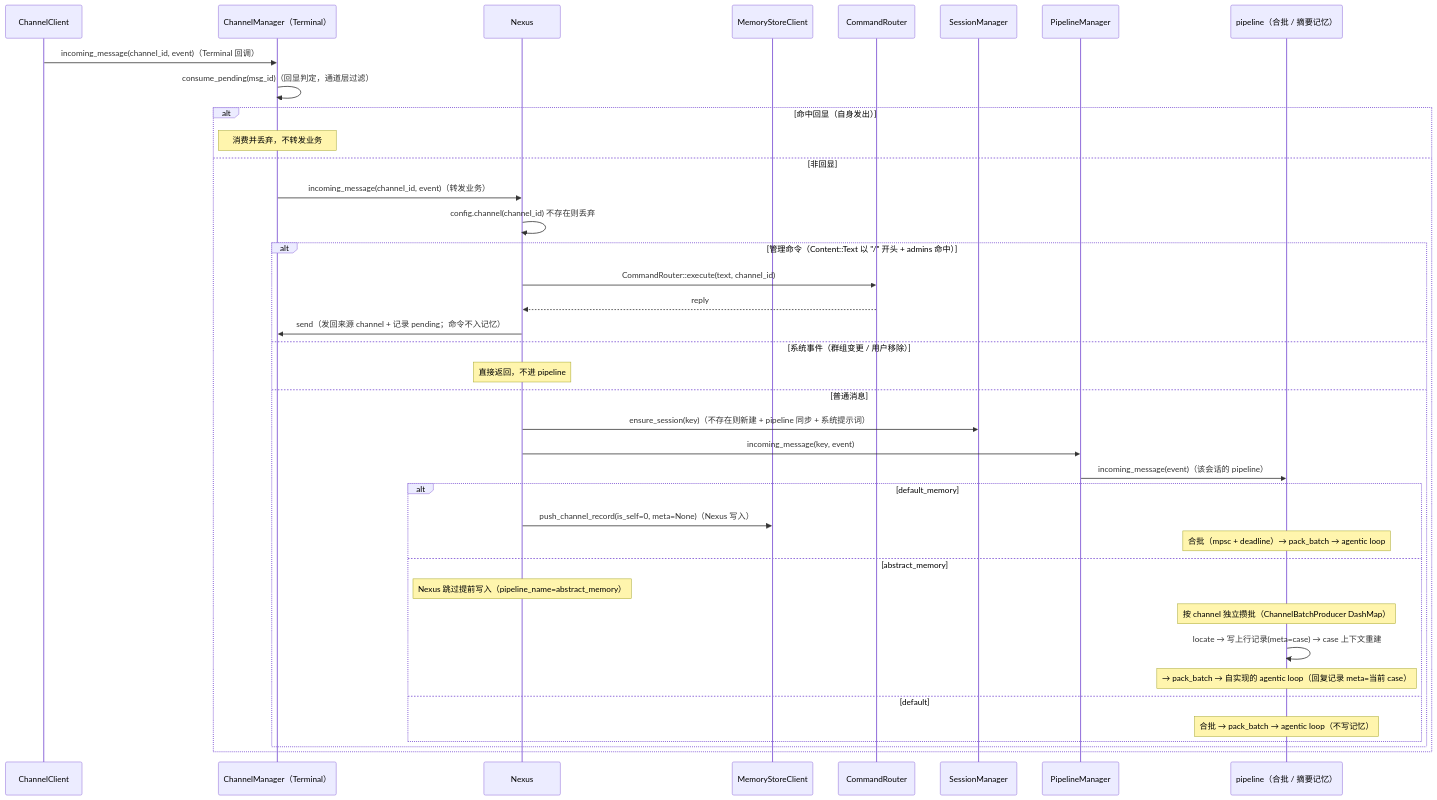
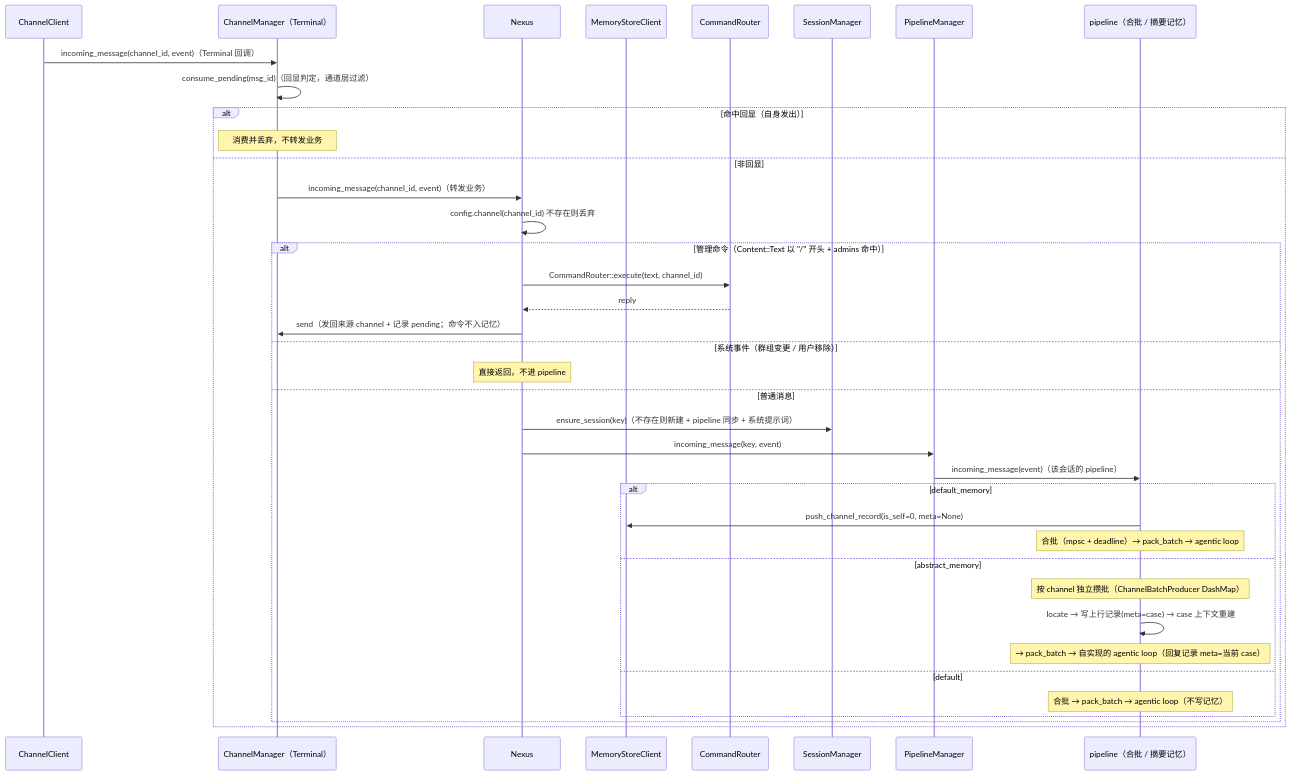
One commit to coldcloude/kissbot changed the third of 5 diagrams in docs/spec/agent-modules.md. Above: the diagram before and after it, drawn with Mermaid. The commit also changed other lines of this file and 5 other files, not shown here.

First line of the commit message:
send_outgoing 移到 pipelines 自由函数；上行记忆写入由 memory / abstract_memory pipeline 分别负责

````diff
--- a/docs/spec/agent-modules.md
+++ b/docs/spec/agent-modules.md
@@ -140,42 +140,41 @@
 ```mermaid
 sequenceDiagram
     participant CC as ChannelClient
     participant CHM as ChannelManager（Terminal）
     participant CO as Nexus
     participant MSC as MemoryStoreClient
     participant CRT as CommandRouter
     participant SM as SessionManager
     participant PLS as PipelineManager
     participant IP as pipeline（合批 / 摘要记忆）
 
     CC->>CHM: incoming_message(channel_id, event)（Terminal 回调）
     CHM->>CHM: consume_pending(msg_id)（回显判定，通道层过滤）
     alt 命中回显（自身发出）
         Note over CHM: 消费并丢弃，不转发业务
     else 非回显
         CHM->>CO: incoming_message(channel_id, event)（转发业务）
         CO->>CO: config.channel(channel_id) 不存在则丢弃
         alt 管理命令（Content::Text 以 "/" 开头 + admins 命中）
             CO->>CRT: CommandRouter::execute(text, channel_id)
             CRT-->>CO: reply
             CO->>CHM: send（发回来源 channel + 记录 pending；命令不入记忆）
         else 系统事件（群组变更 / 用户移除）
             Note over CO: 直接返回，不进 pipeline
         else 普通消息
             CO->>SM: ensure_session(key)（不存在则新建 + pipeline 同步 + 系统提示词）
             CO->>PLS: incoming_message(key, event)
             PLS->>IP: incoming_message(event)（该会话的 pipeline）
             alt default_memory
-                CO->>MSC: push_channel_record(is_self=0, meta=None)（Nexus 写入）
+                IP->>MSC: push_channel_record(is_self=0, meta=None)
                 Note over IP: 合批（mpsc + deadline）→ pack_batch → agentic loop
             else abstract_memory
-                Note over CO: Nexus 跳过提前写入（pipeline_name=abstract_memory）
                 Note over IP: 按 channel 独立攒批（ChannelBatchProducer DashMap）
                 IP->>IP: locate → 写上行记录(meta=case) → case 上下文重建
                 Note over IP: → pack_batch → 自实现的 agentic loop（回复记录 meta=当前 case）
             else default
                 Note over IP: 合批 → pack_batch → agentic loop（不写记忆）
             end
         end
     end
 ```
````
